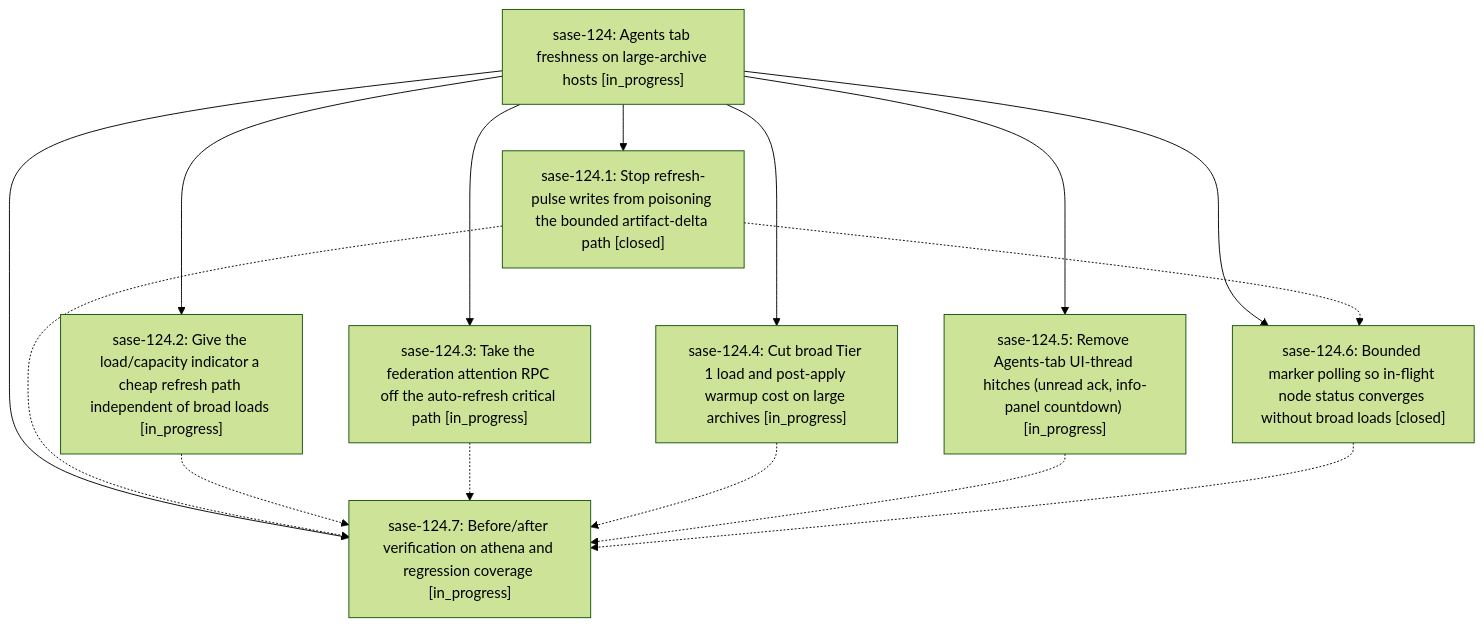
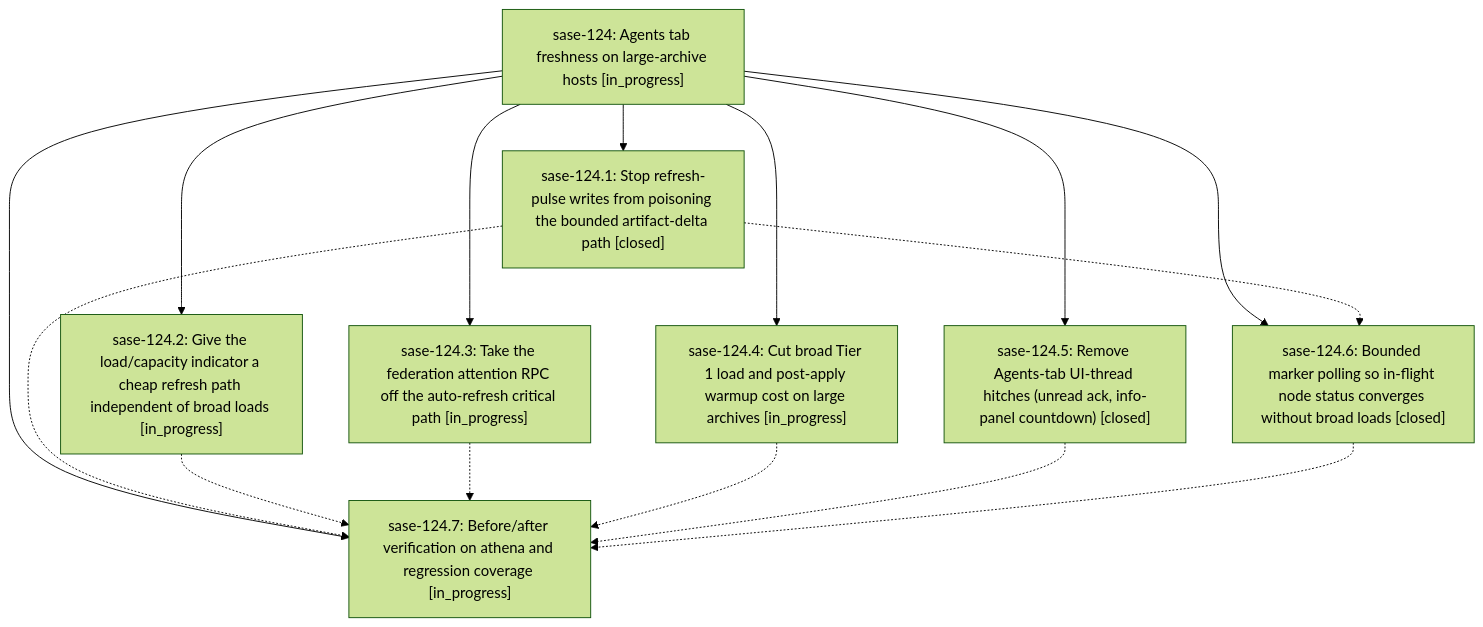
The diagram in pages/sase-124/README.md (sase-org/sase--beads), drawn with Mermaid (forest theme) before and after one commit. The commit also changed other lines of this file and 2 other files, not shown here.

First line of the commit message:
chore(beads): sync bead state and pages for sase-124

````diff
--- a/pages/sase-124/README.md
+++ b/pages/sase-124/README.md
@@ -28,25 +28,25 @@
 ```mermaid
 flowchart TD
     n0["sase-124: Agents tab freshness on large-archive hosts [in_progress]"]
     n1["sase-124.1: Stop refresh-pulse writes from poisoning the bounded artifact-delta path [closed]"]
     n2["sase-124.2: Give the load/capacity indicator a cheap refresh path independent of broad loads [in_progress]"]
     n3["sase-124.3: Take the federation attention RPC off the auto-refresh critical path [in_progress]"]
     n4["sase-124.4: Cut broad Tier 1 load and post-apply warmup cost on large archives [in_progress]"]
-    n5["sase-124.5: Remove Agents-tab UI-thread hitches (unread ack, info-panel countdown) [in_progress]"]
+    n5["sase-124.5: Remove Agents-tab UI-thread hitches (unread ack, info-panel countdown) [closed]"]
     n6["sase-124.6: Bounded marker polling so in-flight node status converges without broad loads [closed]"]
     n7["sase-124.7: Before/after verification on athena and regression coverage [in_progress]"]
     n0 --> n1
     n0 --> n2
     n0 --> n3
     n0 --> n4
     n0 --> n5
     n0 --> n6
     n0 --> n7
     n1 -.-> n6
     n1 -.-> n7
     n2 -.-> n7
     n3 -.-> n7
     n4 -.-> n7
     n5 -.-> n7
     n6 -.-> n7
 ```
````
